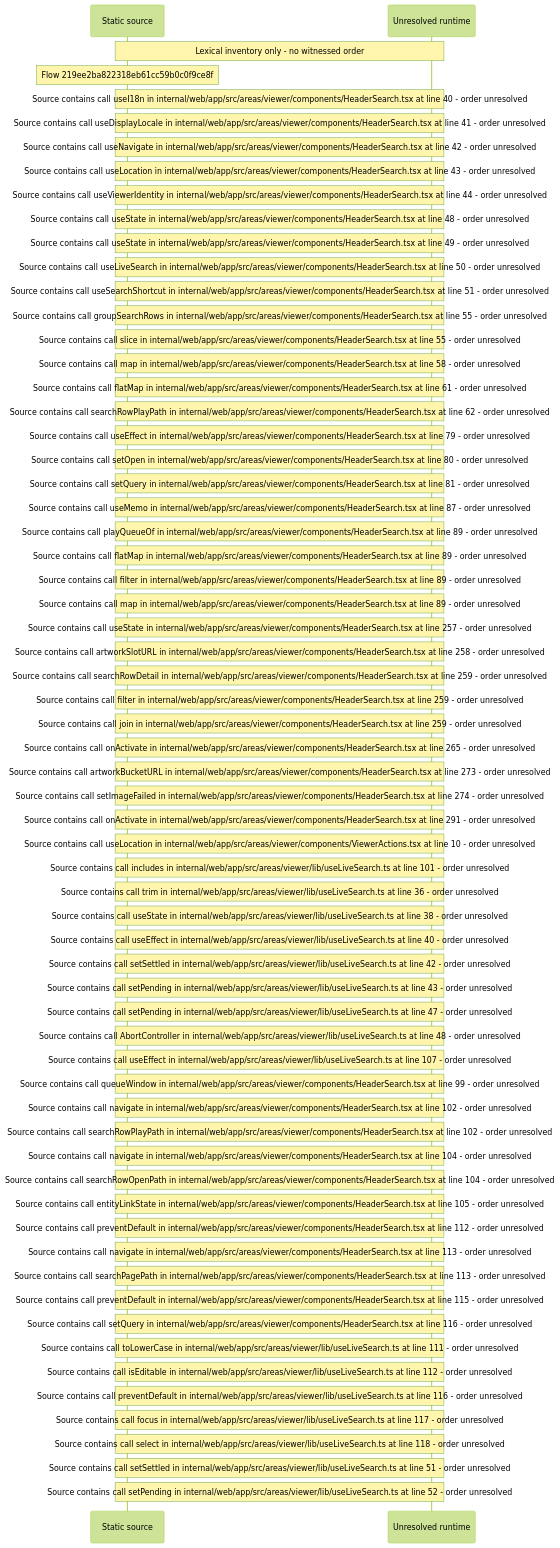
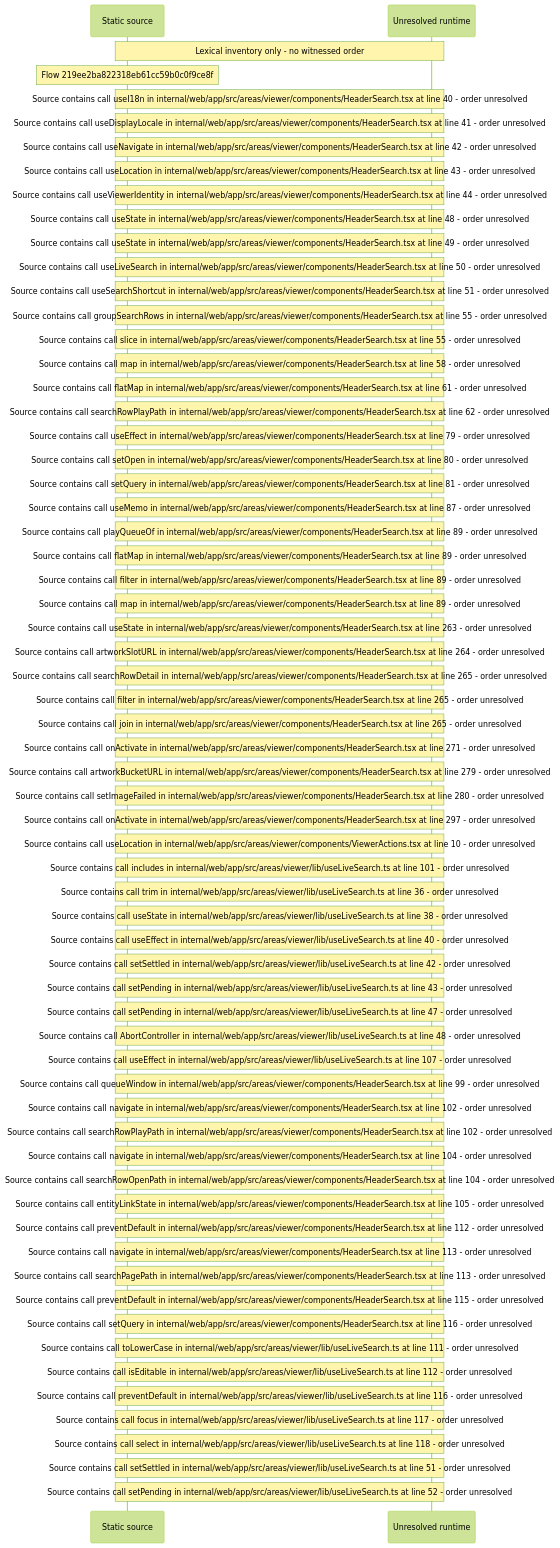
The diagram in docs/web/flows/generated/219ee2ba822318eb61cc59b0c0f9ce8f/flow-diagram.md (beamfall/core), drawn with Mermaid (forest theme) before and after one commit. The commit also changed other lines of this file and 715 other files, not shown here.

First line of the commit message:
Regenerate the web flow record on main after CORE-1117

````diff
--- a/docs/web/flows/generated/219ee2ba822318eb61cc59b0c0f9ce8f/flow-diagram.md
+++ b/docs/web/flows/generated/219ee2ba822318eb61cc59b0c0f9ce8f/flow-diagram.md
@@ -10,66 +10,66 @@
 ```mermaid
 sequenceDiagram
     participant S as Static source
     participant U as Unresolved runtime
     Note over S,U: Lexical inventory only - no witnessed order
     Note over S: Flow 219ee2ba822318eb61cc59b0c0f9ce8f
     Note over S,U: Source contains call useI18n in internal/web/app/src/areas/viewer/components/HeaderSearch.tsx at line 40 - order unresolved
     Note over S,U: Source contains call useDisplayLocale in internal/web/app/src/areas/viewer/components/HeaderSearch.tsx at line 41 - order unresolved
     Note over S,U: Source contains call useNavigate in internal/web/app/src/areas/viewer/components/HeaderSearch.tsx at line 42 - order unresolved
     Note over S,U: Source contains call useLocation in internal/web/app/src/areas/viewer/components/HeaderSearch.tsx at line 43 - order unresolved
     Note over S,U: Source contains call useViewerIdentity in internal/web/app/src/areas/viewer/components/HeaderSearch.tsx at line 44 - order unresolved
     Note over S,U: Source contains call useState in internal/web/app/src/areas/viewer/components/HeaderSearch.tsx at line 48 - order unresolved
     Note over S,U: Source contains call useState in internal/web/app/src/areas/viewer/components/HeaderSearch.tsx at line 49 - order unresolved
     Note over S,U: Source contains call useLiveSearch in internal/web/app/src/areas/viewer/components/HeaderSearch.tsx at line 50 - order unresolved
     Note over S,U: Source contains call useSearchShortcut in internal/web/app/src/areas/viewer/components/HeaderSearch.tsx at line 51 - order unresolved
     Note over S,U: Source contains call groupSearchRows in internal/web/app/src/areas/viewer/components/HeaderSearch.tsx at line 55 - order unresolved
     Note over S,U: Source contains call slice in internal/web/app/src/areas/viewer/components/HeaderSearch.tsx at line 55 - order unresolved
     Note over S,U: Source contains call map in internal/web/app/src/areas/viewer/components/HeaderSearch.tsx at line 58 - order unresolved
     Note over S,U: Source contains call flatMap in internal/web/app/src/areas/viewer/components/HeaderSearch.tsx at line 61 - order unresolved
     Note over S,U: Source contains call searchRowPlayPath in internal/web/app/src/areas/viewer/components/HeaderSearch.tsx at line 62 - order unresolved
     Note over S,U: Source contains call useEffect in internal/web/app/src/areas/viewer/components/HeaderSearch.tsx at line 79 - order unresolved
     Note over S,U: Source contains call setOpen in internal/web/app/src/areas/viewer/components/HeaderSearch.tsx at line 80 - order unresolved
     Note over S,U: Source contains call setQuery in internal/web/app/src/areas/viewer/components/HeaderSearch.tsx at line 81 - order unresolved
     Note over S,U: Source contains call useMemo in internal/web/app/src/areas/viewer/components/HeaderSearch.tsx at line 87 - order unresolved
     Note over S,U: Source contains call playQueueOf in internal/web/app/src/areas/viewer/components/HeaderSearch.tsx at line 89 - order unresolved
     Note over S,U: Source contains call flatMap in internal/web/app/src/areas/viewer/components/HeaderSearch.tsx at line 89 - order unresolved
     Note over S,U: Source contains call filter in internal/web/app/src/areas/viewer/components/HeaderSearch.tsx at line 89 - order unresolved
     Note over S,U: Source contains call map in internal/web/app/src/areas/viewer/components/HeaderSearch.tsx at line 89 - order unresolved
-    Note over S,U: Source contains call useState in internal/web/app/src/areas/viewer/components/HeaderSearch.tsx at line 257 - order unresolved
-    Note over S,U: Source contains call artworkSlotURL in internal/web/app/src/areas/viewer/components/HeaderSearch.tsx at line 258 - order unresolved
-    Note over S,U: Source contains call searchRowDetail in internal/web/app/src/areas/viewer/components/HeaderSearch.tsx at line 259 - order unresolved
-    Note over S,U: Source contains call filter in internal/web/app/src/areas/viewer/components/HeaderSearch.tsx at line 259 - order unresolved
-    Note over S,U: Source contains call join in internal/web/app/src/areas/viewer/components/HeaderSearch.tsx at line 259 - order unresolved
-    Note over S,U: Source contains call onActivate in internal/web/app/src/areas/viewer/components/HeaderSearch.tsx at line 265 - order unresolved
-    Note over S,U: Source contains call artworkBucketURL in internal/web/app/src/areas/viewer/components/HeaderSearch.tsx at line 273 - order unresolved
-    Note over S,U: Source contains call setImageFailed in internal/web/app/src/areas/viewer/components/HeaderSearch.tsx at line 274 - order unresolved
-    Note over S,U: Source contains call onActivate in internal/web/app/src/areas/viewer/components/HeaderSearch.tsx at line 291 - order unresolved
+    Note over S,U: Source contains call useState in internal/web/app/src/areas/viewer/components/HeaderSearch.tsx at line 263 - order unresolved
+    Note over S,U: Source contains call artworkSlotURL in internal/web/app/src/areas/viewer/components/HeaderSearch.tsx at line 264 - order unresolved
+    Note over S,U: Source contains call searchRowDetail in internal/web/app/src/areas/viewer/components/HeaderSearch.tsx at line 265 - order unresolved
+    Note over S,U: Source contains call filter in internal/web/app/src/areas/viewer/components/HeaderSearch.tsx at line 265 - order unresolved
+    Note over S,U: Source contains call join in internal/web/app/src/areas/viewer/components/HeaderSearch.tsx at line 265 - order unresolved
+    Note over S,U: Source contains call onActivate in internal/web/app/src/areas/viewer/components/HeaderSearch.tsx at line 271 - order unresolved
+    Note over S,U: Source contains call artworkBucketURL in internal/web/app/src/areas/viewer/components/HeaderSearch.tsx at line 279 - order unresolved
+    Note over S,U: Source contains call setImageFailed in internal/web/app/src/areas/viewer/components/HeaderSearch.tsx at line 280 - order unresolved
+    Note over S,U: Source contains call onActivate in internal/web/app/src/areas/viewer/components/HeaderSearch.tsx at line 297 - order unresolved
     Note over S,U: Source contains call useLocation in internal/web/app/src/areas/viewer/components/ViewerActions.tsx at line 10 - order unresolved
     Note over S,U: Source contains call includes in internal/web/app/src/areas/viewer/lib/useLiveSearch.ts at line 101 - order unresolved
     Note over S,U: Source contains call trim in internal/web/app/src/areas/viewer/lib/useLiveSearch.ts at line 36 - order unresolved
     Note over S,U: Source contains call useState in internal/web/app/src/areas/viewer/lib/useLiveSearch.ts at line 38 - order unresolved
     Note over S,U: Source contains call useEffect in internal/web/app/src/areas/viewer/lib/useLiveSearch.ts at line 40 - order unresolved
     Note over S,U: Source contains call setSettled in internal/web/app/src/areas/viewer/lib/useLiveSearch.ts at line 42 - order unresolved
     Note over S,U: Source contains call setPending in internal/web/app/src/areas/viewer/lib/useLiveSearch.ts at line 43 - order unresolved
     Note over S,U: Source contains call setPending in internal/web/app/src/areas/viewer/lib/useLiveSearch.ts at line 47 - order unresolved
     Note over S,U: Source contains call AbortController in internal/web/app/src/areas/viewer/lib/useLiveSearch.ts at line 48 - order unresolved
     Note over S,U: Source contains call useEffect in internal/web/app/src/areas/viewer/lib/useLiveSearch.ts at line 107 - order unresolved
     Note over S,U: Source contains call queueWindow in internal/web/app/src/areas/viewer/components/HeaderSearch.tsx at line 99 - order unresolved
     Note over S,U: Source contains call navigate in internal/web/app/src/areas/viewer/components/HeaderSearch.tsx at line 102 - order unresolved
     Note over S,U: Source contains call searchRowPlayPath in internal/web/app/src/areas/viewer/components/HeaderSearch.tsx at line 102 - order unresolved
     Note over S,U: Source contains call navigate in internal/web/app/src/areas/viewer/components/HeaderSearch.tsx at line 104 - order unresolved
     Note over S,U: Source contains call searchRowOpenPath in internal/web/app/src/areas/viewer/components/HeaderSearch.tsx at line 104 - order unresolved
     Note over S,U: Source contains call entityLinkState in internal/web/app/src/areas/viewer/components/HeaderSearch.tsx at line 105 - order unresolved
     Note over S,U: Source contains call preventDefault in internal/web/app/src/areas/viewer/components/HeaderSearch.tsx at line 112 - order unresolved
     Note over S,U: Source contains call navigate in internal/web/app/src/areas/viewer/components/HeaderSearch.tsx at line 113 - order unresolved
     Note over S,U: Source contains call searchPagePath in internal/web/app/src/areas/viewer/components/HeaderSearch.tsx at line 113 - order unresolved
     Note over S,U: Source contains call preventDefault in internal/web/app/src/areas/viewer/components/HeaderSearch.tsx at line 115 - order unresolved
     Note over S,U: Source contains call setQuery in internal/web/app/src/areas/viewer/components/HeaderSearch.tsx at line 116 - order unresolved
     Note over S,U: Source contains call toLowerCase in internal/web/app/src/areas/viewer/lib/useLiveSearch.ts at line 111 - order unresolved
     Note over S,U: Source contains call isEditable in internal/web/app/src/areas/viewer/lib/useLiveSearch.ts at line 112 - order unresolved
     Note over S,U: Source contains call preventDefault in internal/web/app/src/areas/viewer/lib/useLiveSearch.ts at line 116 - order unresolved
     Note over S,U: Source contains call focus in internal/web/app/src/areas/viewer/lib/useLiveSearch.ts at line 117 - order unresolved
     Note over S,U: Source contains call select in internal/web/app/src/areas/viewer/lib/useLiveSearch.ts at line 118 - order unresolved
     Note over S,U: Source contains call setSettled in internal/web/app/src/areas/viewer/lib/useLiveSearch.ts at line 51 - order unresolved
     Note over S,U: Source contains call setPending in internal/web/app/src/areas/viewer/lib/useLiveSearch.ts at line 52 - order unresolved
 ```
````
